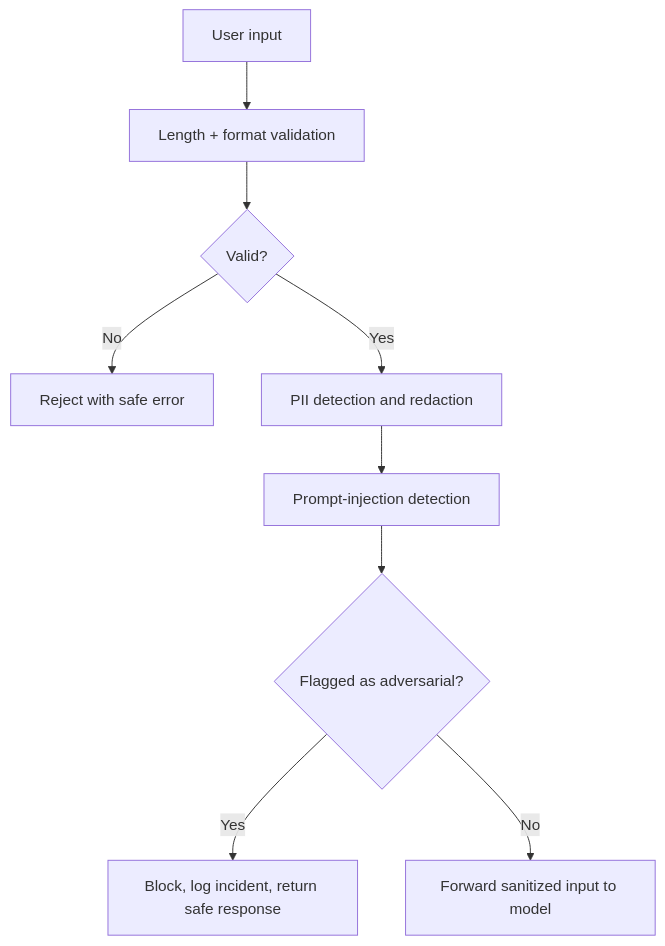
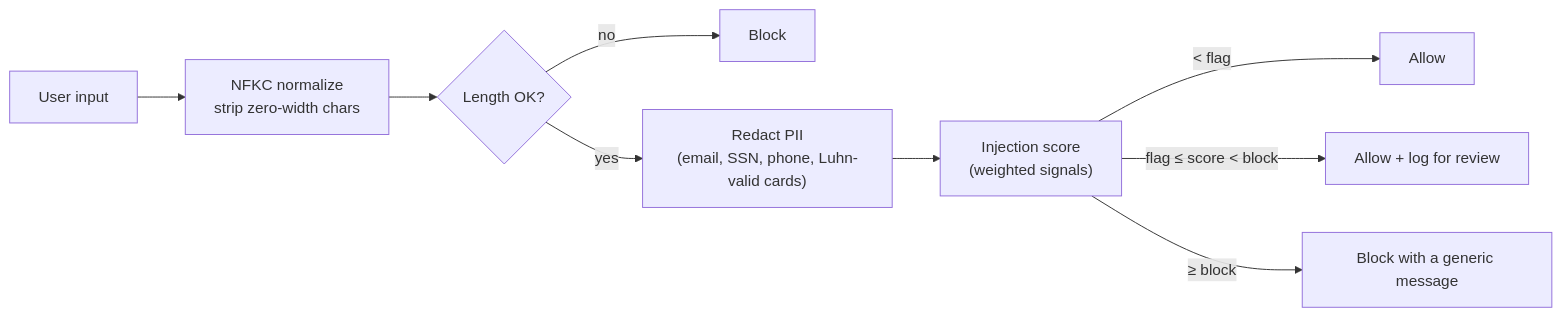
One commit to PrajwalAmte/AI-Engineering-Patterns changed the diagram in content/patterns/security-and-trust/input-sanitization.md. Above: the diagram before and after it, drawn with Mermaid. The commit also changed other lines of this file and 190 other files, not shown here.

```diff
--- a/content/patterns/security-and-trust/input-sanitization.md
+++ b/content/patterns/security-and-trust/input-sanitization.md
@@ -34,11 +38,11 @@
 <pre class="mermaid">
-flowchart TD
-    A["User input"] --> B["Length + format validation"]
-    B --> C{"Valid?"}
-    C -->|"No"| X["Reject with safe error"]
-    C -->|"Yes"| D["PII detection and redaction"]
-    D --> E["Prompt-injection detection"]
-    E --> F{"Flagged as adversarial?"}
-    F -->|"Yes"| G["Block, log incident, return safe response"]
-    F -->|"No"| H["Forward sanitized input to model"]
+flowchart LR
+    I["User input"] --> N["NFKC normalize<br/>strip zero-width chars"]
+    N --> L{"Length OK?"}
+    L -->|"no"| B1["Block"]
+    L -->|"yes"| R["Redact PII<br/>(email, SSN, phone, Luhn-valid cards)"]
+    R --> S["Injection score<br/>(weighted signals)"]
+    S -->|"< flag"| A["Allow"]
+    S -->|"flag ≤ score < block"| F["Allow + log for review"]
+    S -->|"≥ block"| B2["Block with a generic message"]
 </pre>
```
